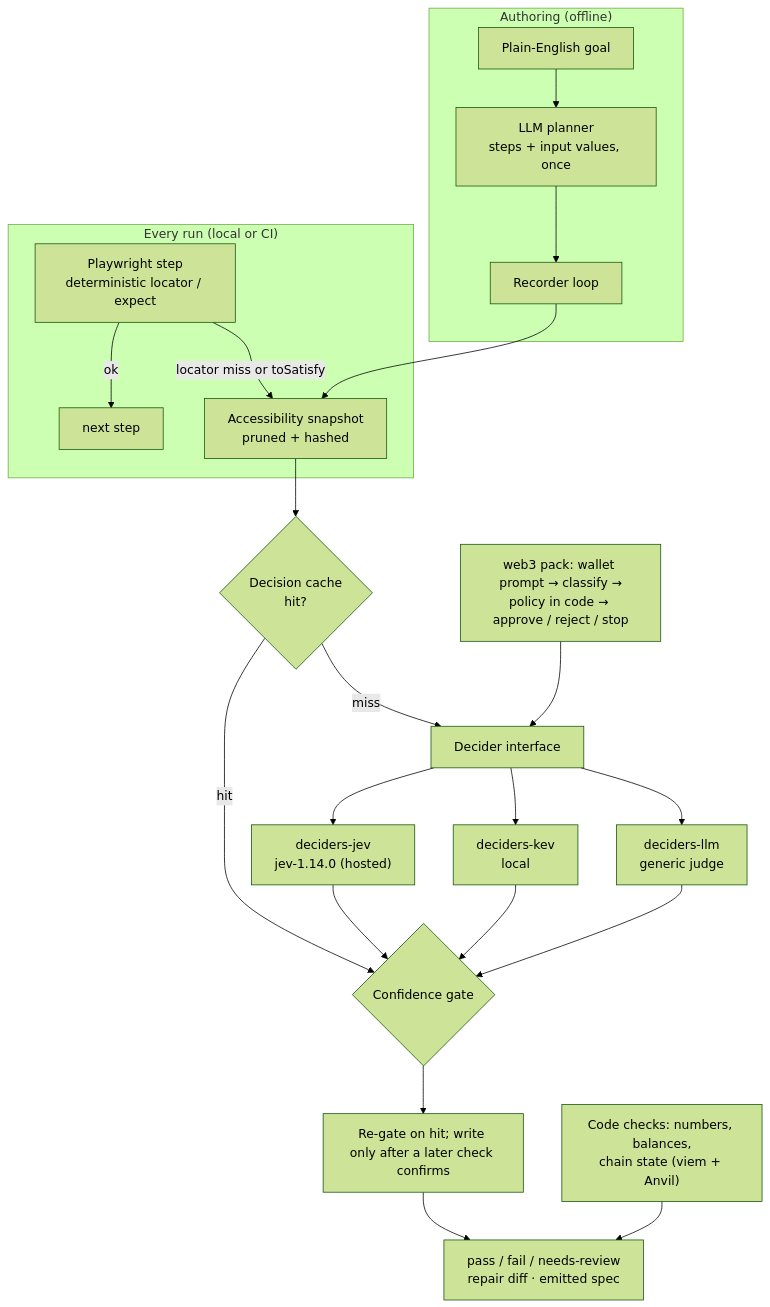
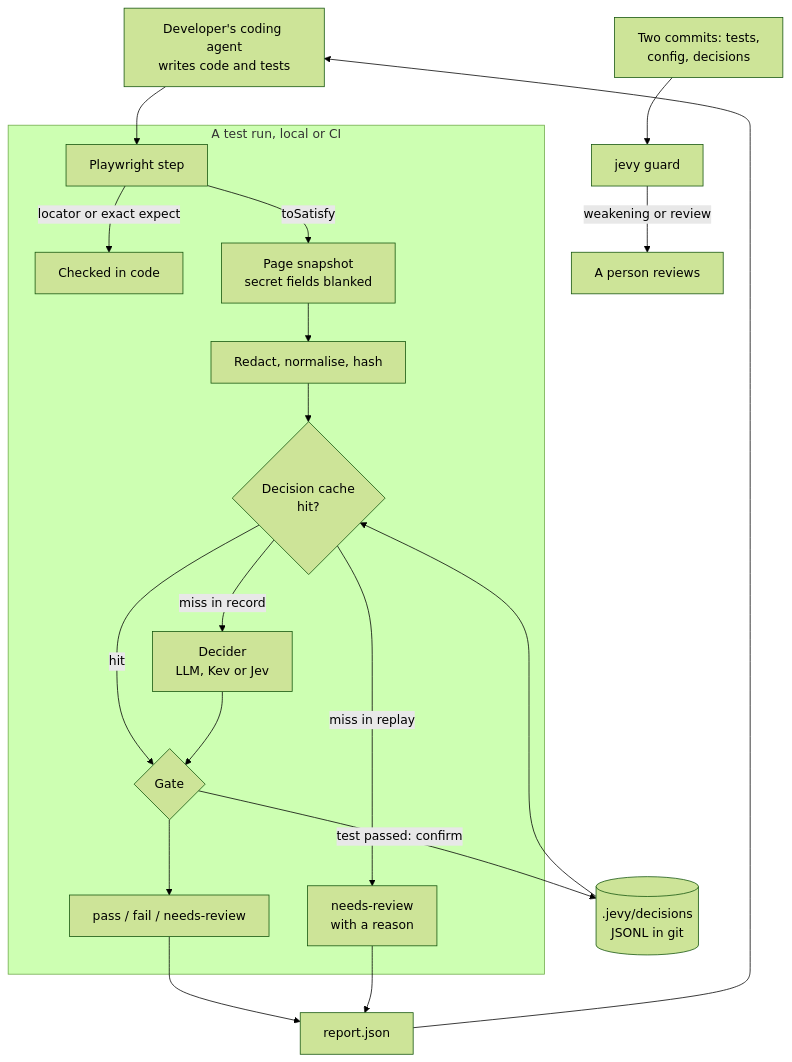
One commit to AdamGencel/jevy changed the diagram in docs/DESIGN.md. Above: the diagram before and after it, drawn with Mermaid (forest theme). The commit also changed other lines of this file and 11 other files, not shown here.

````diff
--- a/docs/DESIGN.md
+++ b/docs/DESIGN.md
@@ -30,28 +41,22 @@
 ```mermaid
 flowchart TD
-  subgraph Authoring["Authoring (offline)"]
-    Goal["Plain-English goal"] --> Planner["LLM planner<br/>steps + input values, once"]
-    Planner --> Recorder["Recorder loop"]
+  Agent["Developer's coding agent<br/>writes code and tests"] --> Test
+  subgraph Run["A test run, local or CI"]
+    Test["Playwright step"] -->|"locator or exact expect"| Code["Checked in code"]
+    Test -->|"toSatisfy"| Snap["Page snapshot<br/>secret fields blanked"]
+    Snap --> Proj["Redact, normalise, hash"]
+    Proj --> Cache{"Decision cache<br/>hit?"}
+    Cache -->|"hit"| Gate{"Gate"}
+    Cache -->|"miss in replay"| Review["needs-review<br/>with a reason"]
+    Cache -->|"miss in record"| Decider["Decider<br/>LLM, Kev or Jev"]
+    Decider --> Gate
+    Gate --> Verdict["pass / fail / needs-review"]
   end
-
-  subgraph Runtime["Every run (local or CI)"]
-    Step["Playwright step<br/>deterministic locator / expect"] -->|ok| Next["next step"]
-    Step -->|locator miss or toSatisfy| Snap["Accessibility snapshot<br/>pruned + hashed"]
-  end
-
-  Recorder --> Snap
-  Snap --> Cache{"Decision cache<br/>hit?"}
-  Cache -->|hit| Gate
-  Cache -->|miss| Decider["Decider interface"]
-  Decider --> Jev["deciders-jev<br/>jev-1.14.0 (hosted)"]
-  Decider --> Kev["deciders-kev<br/>local"]
-  Decider --> LLM["deciders-llm<br/>generic judge"]
-  Jev --> Gate{"Confidence gate"}
-  Kev --> Gate
-  LLM --> Gate
-  Gate --> Ledger["Re-gate on hit; write only after a later check confirms"]
-  Ledger --> Out["pass / fail / needs-review<br/>repair diff · emitted spec"]
-
-  Code["Code checks: numbers, balances,<br/>chain state (viem + Anvil)"] --> Out
-  Web3["web3 pack: wallet prompt → classify →<br/>policy in code → approve / reject / stop"] --> Decider
+  Gate -->|"test passed: confirm"| Store[(".jevy/decisions<br/>JSONL in git")]
+  Store --> Cache
+  Verdict --> Report["report.json"]
+  Review --> Report
+  Report --> Agent
+  Diff["Two commits: tests,<br/>config, decisions"] --> Guard["jevy guard"]
+  Guard -->|"weakening or review"| Person["A person reviews"]
 ```
````
